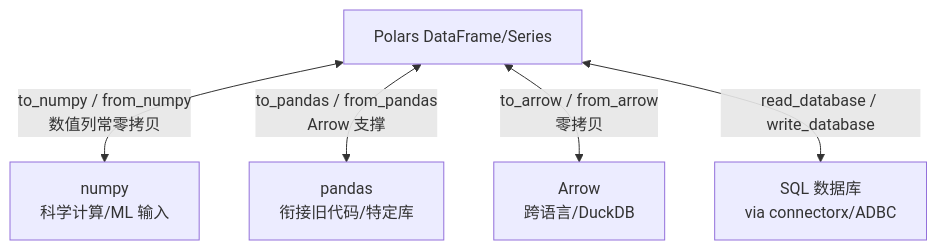
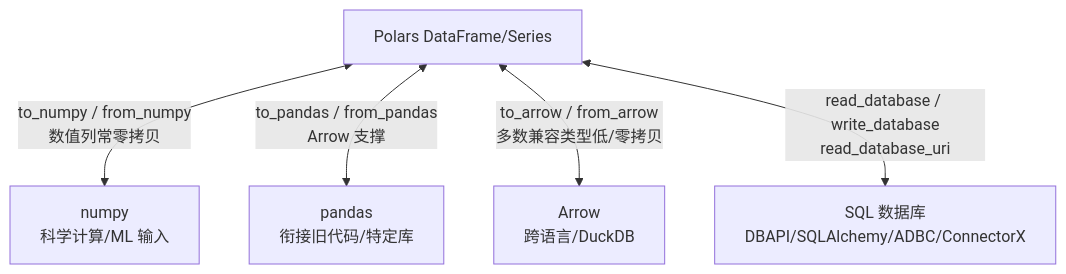
Before and after one commit to wsafight/polars-docs: the third of 4 diagrams in src/content/docs/15-udf-interop.md, drawn with Mermaid. The commit also changed other lines of this file and 10 other files, not shown here.

````diff
--- a/src/content/docs/15-udf-interop.md
+++ b/src/content/docs/15-udf-interop.md
@@ -87,8 +87,8 @@
 ```mermaid
 graph TD
     PL["Polars DataFrame/Series"]
     PL <-->|"to_numpy / from_numpy<br/>数值列常零拷贝"| NP["numpy<br/>科学计算/ML 输入"]
     PL <-->|"to_pandas / from_pandas<br/>Arrow 支撑"| PD["pandas<br/>衔接旧代码/特定库"]
-    PL <-->|"to_arrow / from_arrow<br/>零拷贝"| AR["Arrow<br/>跨语言/DuckDB"]
-    PL <-->|"read_database / write_database"| DB["SQL 数据库<br/>via connectorx/ADBC"]
+    PL <-->|"to_arrow / from_arrow<br/>多数兼容类型低/零拷贝"| AR["Arrow<br/>跨语言/DuckDB"]
+    PL <-->|"read_database / write_database<br/>read_database_uri"| DB["SQL 数据库<br/>DBAPI/SQLAlchemy/ADBC/ConnectorX"]
 ```
````
